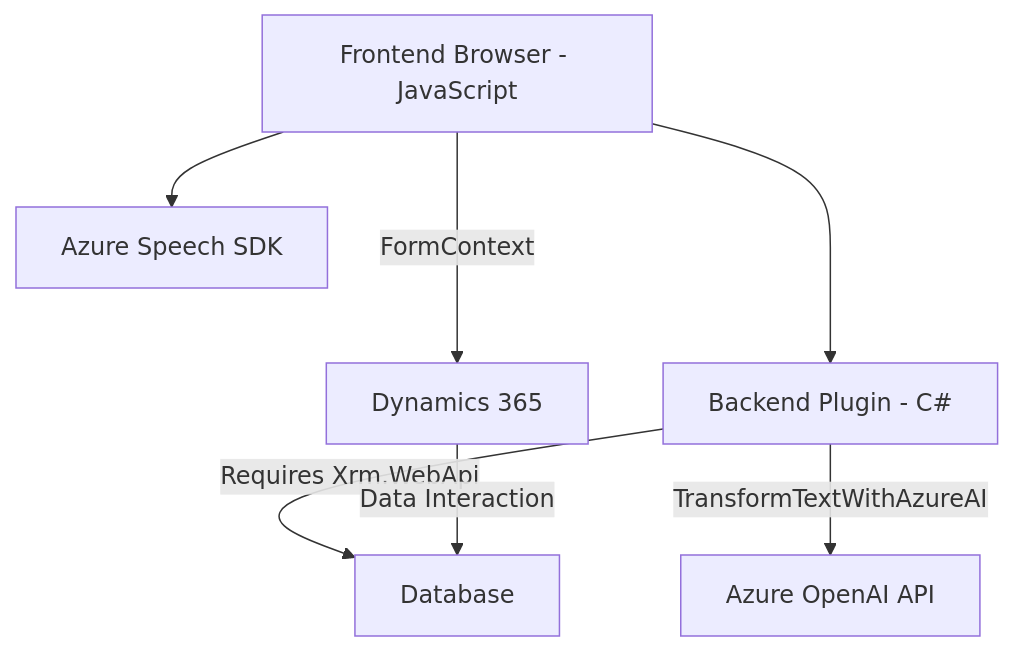
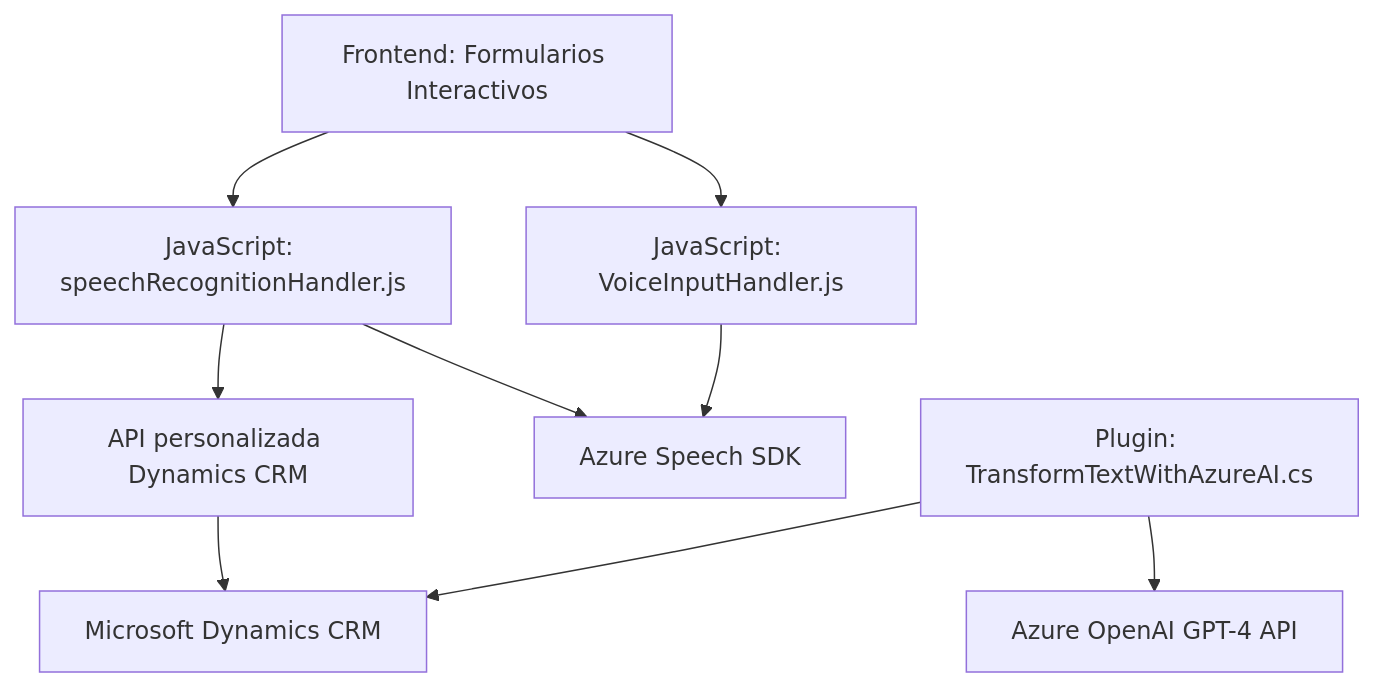
Before and after one commit to blopezdm/NETCORE_BILBAO2025: the diagram in README.md, drawn with Mermaid. The commit also changed other lines of this file, not shown here.

````diff
--- a/README.md
+++ b/README.md
@@ -58,16 +51,20 @@
 ```mermaid
 graph TD
-    A["Frontend Browser - JavaScript"]
-    B["Azure Speech SDK"]
-    C["Dynamics 365"]
-    D["Backend Plugin - C#"]
-    E["Azure OpenAI API"]
-    F["Database"]
-
+    A["Frontend: Formularios Interactivos"]
+    B["JavaScript: VoiceInputHandler.js"]
+    C["JavaScript: speechRecognitionHandler.js"]
+    D["Plugin: TransformTextWithAzureAI.cs"]
+    E["Microsoft Dynamics CRM"]
+    F["Azure Speech SDK"]
+    G["Azure OpenAI GPT-4 API"]
+    H["API personalizada Dynamics CRM"]
+    
     A --> B
-    A -->|FormContext| C
-    A ---> D
-    D -->|TransformTextWithAzureAI| E
-    D -->|Requires Xrm.WebApi| F
-    C -->|Data Interaction| F
+    A --> C
+    B --> F
+    C --> F
+    C --> H
+    D --> E
+    D --> G
+    H --> E
 ```
````
